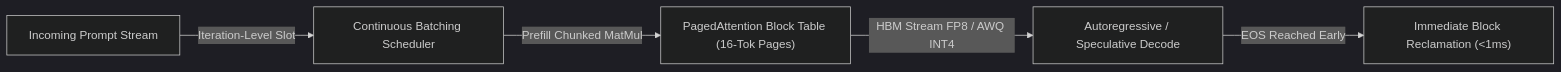
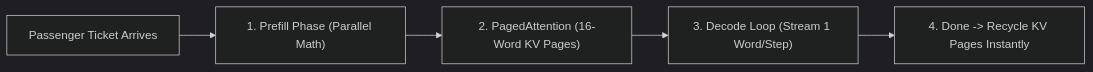
Before and after one commit to manjunathk833/codingforinterviews: the diagram in knowledgebase/05-ai-engineering/06-inference-mechanics-kv-cache-pagedattention-quantization.md, drawn with Mermaid (dark theme). The commit also changed other lines of this file and 55 other files, not shown here.

````diff
--- a/knowledgebase/05-ai-engineering/06-inference-mechanics-kv-cache-pagedattention-quantization.md
+++ b/knowledgebase/05-ai-engineering/06-inference-mechanics-kv-cache-pagedattention-quantization.md
@@ -66,7 +90,7 @@
 ```mermaid
 flowchart LR
-  Req["Incoming Prompt Stream"] -->|Iteration-Level Slot| CB["Continuous Batching Scheduler"]
-  CB -->|Prefill Chunked MatMul| Page["PagedAttention Block Table (16-Tok Pages)"]
-  Page -->|HBM Stream FP8 / AWQ INT4| Dec["Autoregressive / Speculative Decode"]
-  Dec -->|EOS Reached Early| Free["Immediate Block Reclamation (<1ms)"]
+  Prompt["Passenger Ticket Arrives"] --> Prefill["1. Prefill Phase (Parallel Math)"]
+  Prefill --> Pages["2. PagedAttention (16-Word KV Pages)"]
+  Pages --> Decode["3. Decode Loop (Stream 1 Word/Step)"]
+  Decode --> Free["4. Done -> Recycle KV Pages Instantly"]
 ```
````
